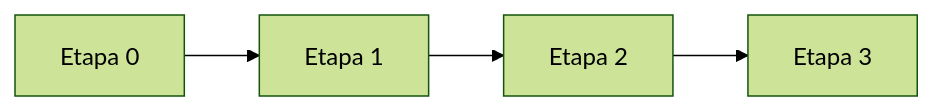
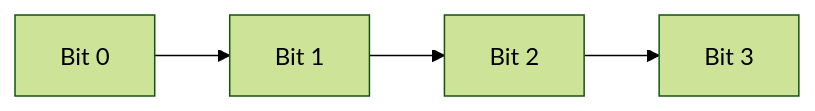
Before and after one commit to roblezsdier02-alt/cuaderno-sintesis-unidad1: the third of 6 diagrams in semana-4/README.md, drawn with Mermaid (forest theme). The commit also changed other lines of this file, not shown here.

````diff
--- a/semana-4/README.md
+++ b/semana-4/README.md
@@ -452,6 +602,7 @@
 ```mermaid
 flowchart LR
-    B0["Etapa 0"] --> B1["Etapa 1"]
-    B1 --> B2["Etapa 2"]
-    B2 --> B3["Etapa 3"]
+
+    B0["Bit 0"] --> B1["Bit 1"]
+    B1 --> B2["Bit 2"]
+    B2 --> B3["Bit 3"]
 ```
````
